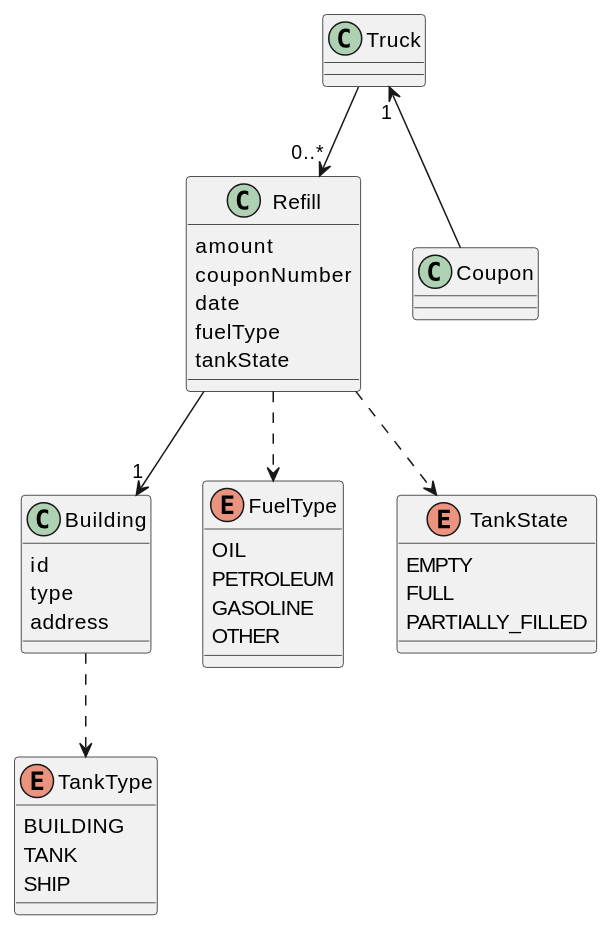
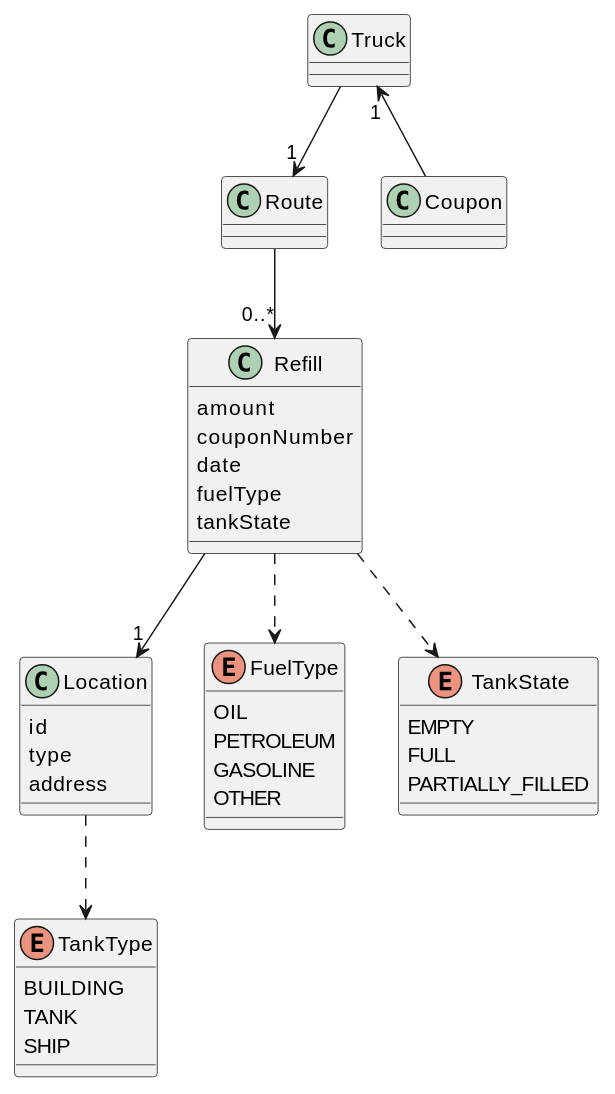
Before and after one commit to IT-Minds/client_comby_oilcontrols: the diagram in docs/entity-datamodel.md, drawn with PlantUML. The commit also changed 7 other files, not shown here.

````diff
--- a/docs/entity-datamodel.md
+++ b/docs/entity-datamodel.md
@@ -5,52 +5,57 @@
 ```plantuml
 @startuml
 class Truck {
 
 }
 
-class Building {
+class Route {
+
+}
+
+class Location {
     id 
     type
     address
 }
 
 class Refill {
     amount
     couponNumber
     date
     fuelType
     tankState
 }
 
 enum FuelType {
     OIL
     PETROLEUM
     GASOLINE
     OTHER
 }
 
 enum TankType {
     BUILDING
     TANK
     SHIP
 }
 
 enum TankState {
   EMPTY
   FULL
   PARTIALLY_FILLED
 }
 
 class Coupon {
 
 }
 
-Truck --> "0..*" Refill 
-Refill --> "1" Building
+Truck --> "1" Route
+Route --> "0..*" Refill 
+Refill --> "1" Location
 Refill ..> FuelType
-Building ..> TankType
+Location ..> TankType
 Refill ..> TankState
 Truck "1" <-- Coupon
 @enduml
 
 ```
````
